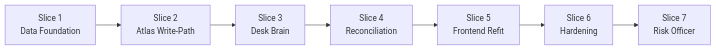
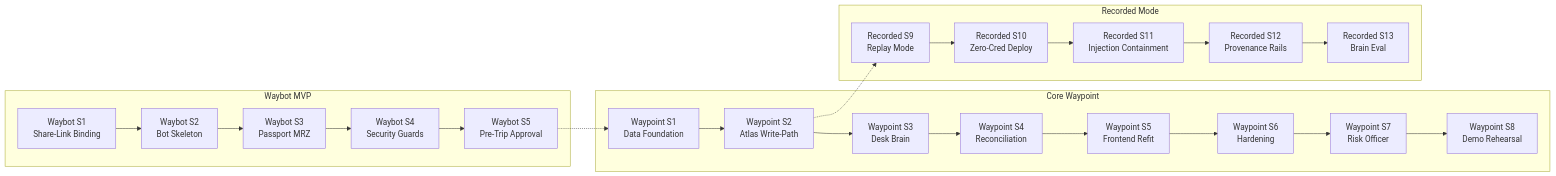
One commit to jaydonnnk/waypoint changed the third of 3 diagrams in .qoder/repowiki/en/content/Implementation Slices.md. Above: the diagram before and after it, drawn with Mermaid. The commit also changed other lines of this file and 9 other files, not shown here.

````diff
--- a/.qoder/repowiki/en/content/Implementation Slices.md
+++ b/.qoder/repowiki/en/content/Implementation Slices.md
@@ -440,9 +770,26 @@
 ```mermaid
 graph LR
-S1["Slice 1<br/>Data Foundation"] --> S2["Slice 2<br/>Atlas Write-Path"]
-S2 --> S3["Slice 3<br/>Desk Brain"]
-S3 --> S4["Slice 4<br/>Reconciliation"]
-S4 --> S5["Slice 5<br/>Frontend Refit"]
-S5 --> S6["Slice 6<br/>Hardening"]
-S6 --> S7["Slice 7<br/>Risk Officer"]
+subgraph "Waybot MVP"
+WB1["Waybot S1<br/>Share-Link Binding"] --> WB2["Waybot S2<br/>Bot Skeleton"]
+WB2 --> WB3["Waybot S3<br/>Passport MRZ"]
+WB3 --> WB4["Waybot S4<br/>Security Guards"]
+WB4 --> WB5["Waybot S5<br/>Pre-Trip Approval"]
+end
+subgraph "Core Waypoint"
+WP1["Waypoint S1<br/>Data Foundation"] --> WP2["Waypoint S2<br/>Atlas Write-Path"]
+WP2 --> WP3["Waypoint S3<br/>Desk Brain"]
+WP3 --> WP4["Waypoint S4<br/>Reconciliation"]
+WP4 --> WP5["Waypoint S5<br/>Frontend Refit"]
+WP5 --> WP6["Waypoint S6<br/>Hardening"]
+WP6 --> WP7["Waypoint S7<br/>Risk Officer"]
+WP7 --> WP8["Waypoint S8<br/>Demo Rehearsal"]
+end
+subgraph "Recorded Mode"
+RM9["Recorded S9<br/>Replay Mode"] --> RM10["Recorded S10<br/>Zero-Cred Deploy"]
+RM10 --> RM11["Recorded S11<br/>Injection Containment"]
+RM11 --> RM12["Recorded S12<br/>Provenance Rails"]
+RM12 --> RM13["Recorded S13<br/>Brain Eval"]
+end
+WB5 -.-> WP1
+WP2 -.-> RM9
 ```
````
